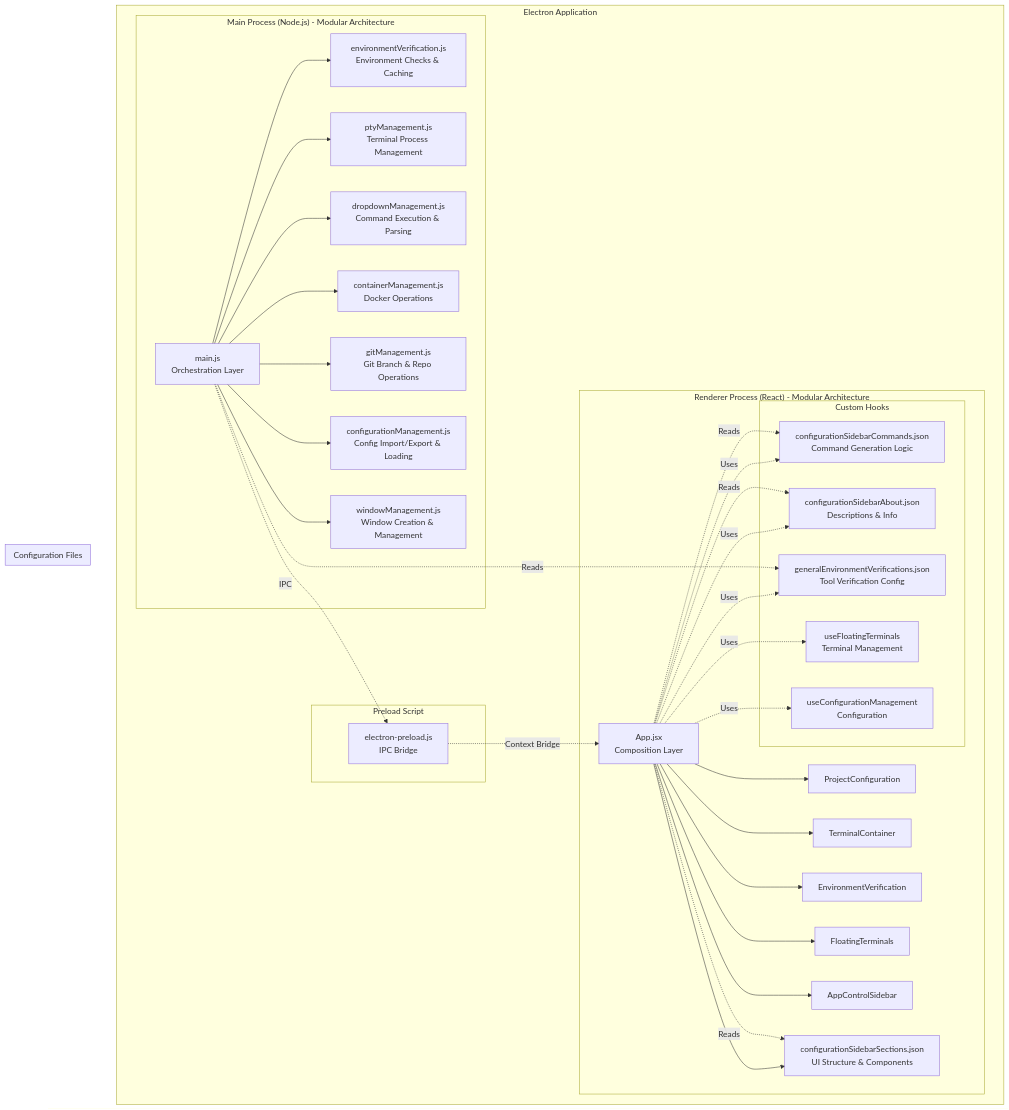
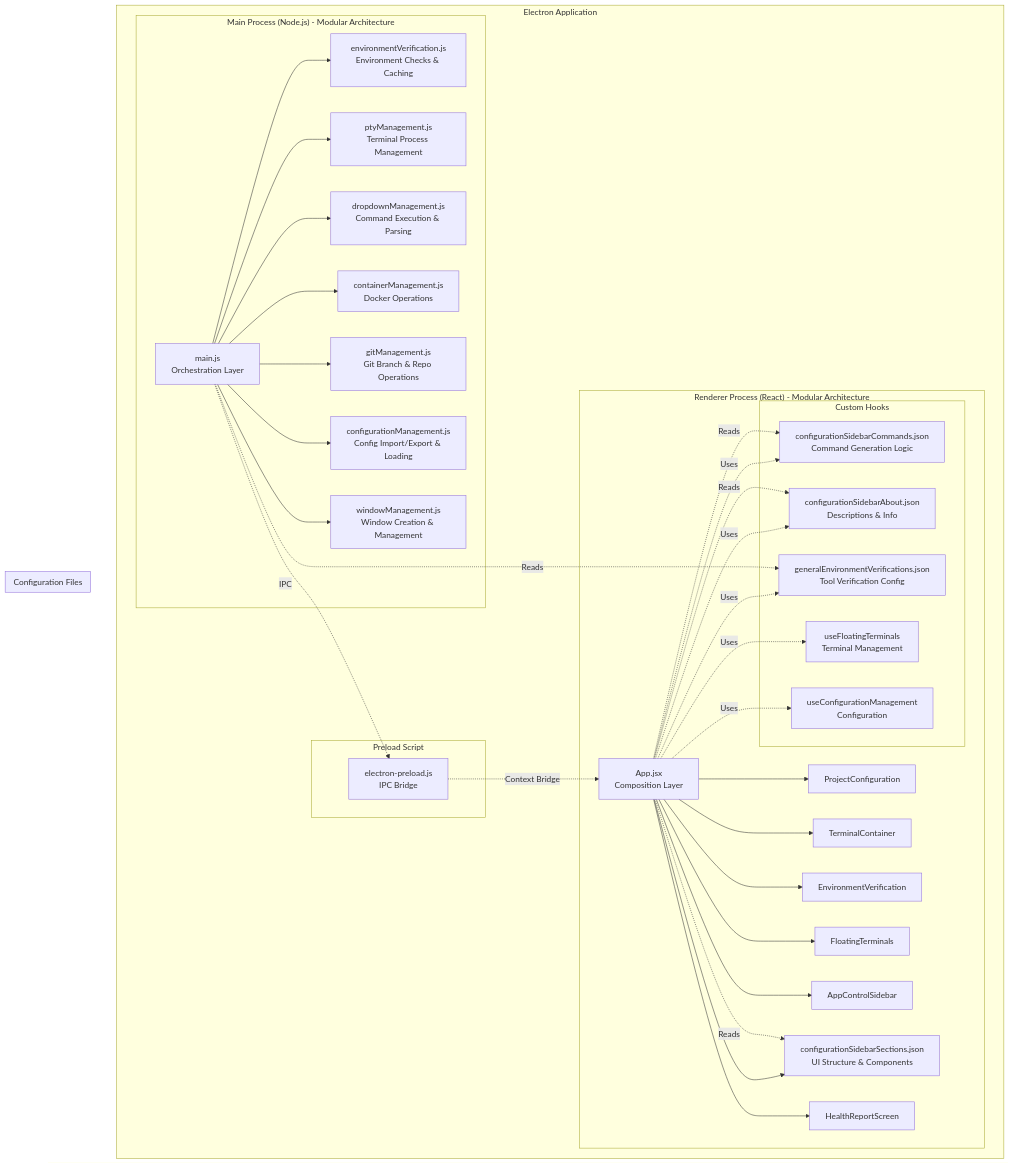
One commit to sagy101/ProjectName-Manager changed the first of 11 diagrams in docs/architecture.md. Above: the diagram before and after it, drawn with Mermaid. The commit also changed 15 other files, not shown here.

Commit message:
new feature health report

````diff
--- a/docs/architecture.md
+++ b/docs/architecture.md
@@ -32,55 +32,56 @@
 ```mermaid
 graph TB
     subgraph "Electron Application"
         subgraph "Main Process (Node.js) - Modular Architecture"
             A[main.js<br/>Orchestration Layer] --> B[environmentVerification.js<br/>Environment Checks & Caching]
             A --> C[ptyManagement.js<br/>Terminal Process Management]
             A --> D[dropdownManagement.js<br/>Command Execution & Parsing]
             A --> E[containerManagement.js<br/>Docker Operations]
             A --> F[gitManagement.js<br/>Git Branch & Repo Operations]
             A --> G[configurationManagement.js<br/>Config Import/Export & Loading]
             A --> H[windowManagement.js<br/>Window Creation & Management]
         end
         
         subgraph "Preload Script"
             I[electron-preload.js<br/>IPC Bridge]
         end
         
         subgraph "Renderer Process (React) - Modular Architecture"
             J[App.jsx<br/>Composition Layer] --> K[ProjectConfiguration]
             J --> L[TerminalContainer]
             J --> M[EnvironmentVerification]
             J --> N[FloatingTerminals]
             J --> O[AppControlSidebar]
             J --> P[ConfigCollapseButton]
+            J --> HR[HealthReportScreen]
             
             subgraph "Custom Hooks"
                 Q[useAppState<br/>State Management]
                 R[useAppEffects<br/>Side Effects]
                 S[useAppEventHandlers<br/>Event Handling]
                 T[useFloatingTerminals<br/>Terminal Management]
                 U[useConfigurationManagement<br/>Configuration]
             end
             
             J -.->|Uses| Q
             J -.->|Uses| R
             J -.->|Uses| S
             J -.->|Uses| T
             J -.->|Uses| U
         end
     end
     
     subgraph "Configuration Files"
         P[configurationSidebarSections.json<br/>UI Structure & Components]
         Q[configurationSidebarCommands.json<br/>Command Generation Logic]
         R[configurationSidebarAbout.json<br/>Descriptions & Info]
         S[generalEnvironmentVerifications.json<br/>Tool Verification Config]
     end
     
     A -.->|IPC| I
     I -.->|Context Bridge| J
     J -.->|Reads| P
     J -.->|Reads| Q
     J -.->|Reads| R
     A -.->|Reads| S
 ```
````
